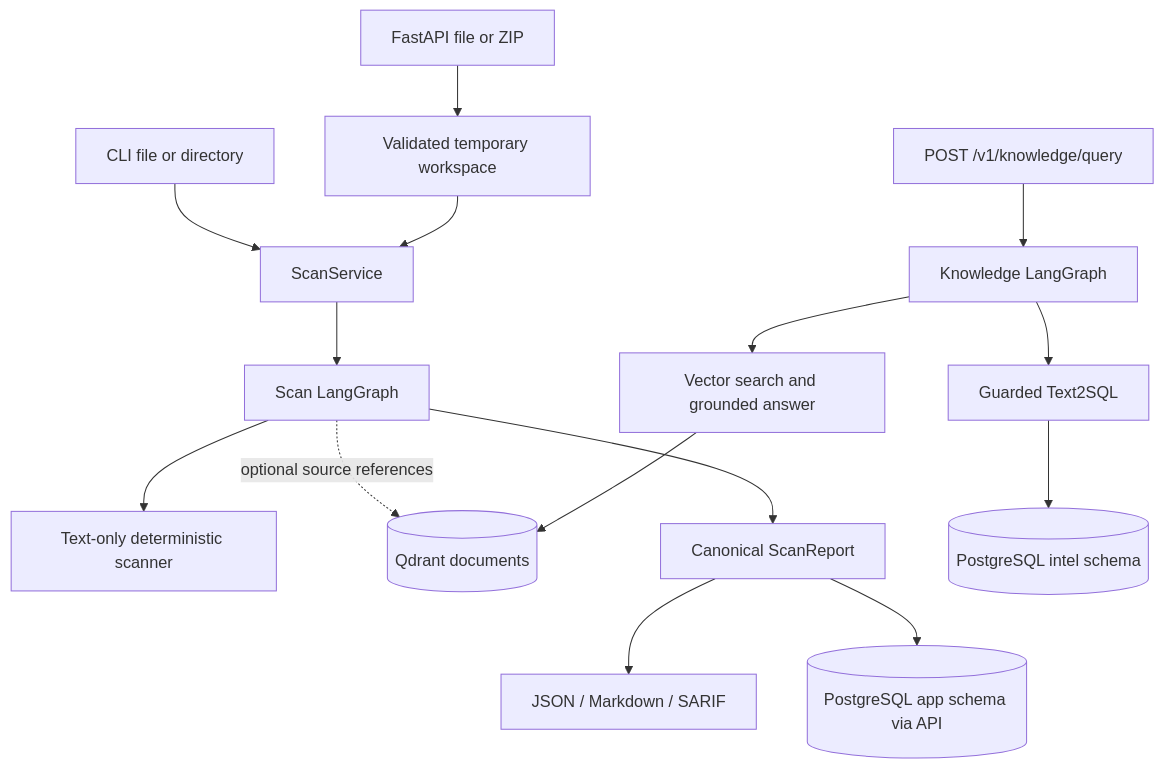
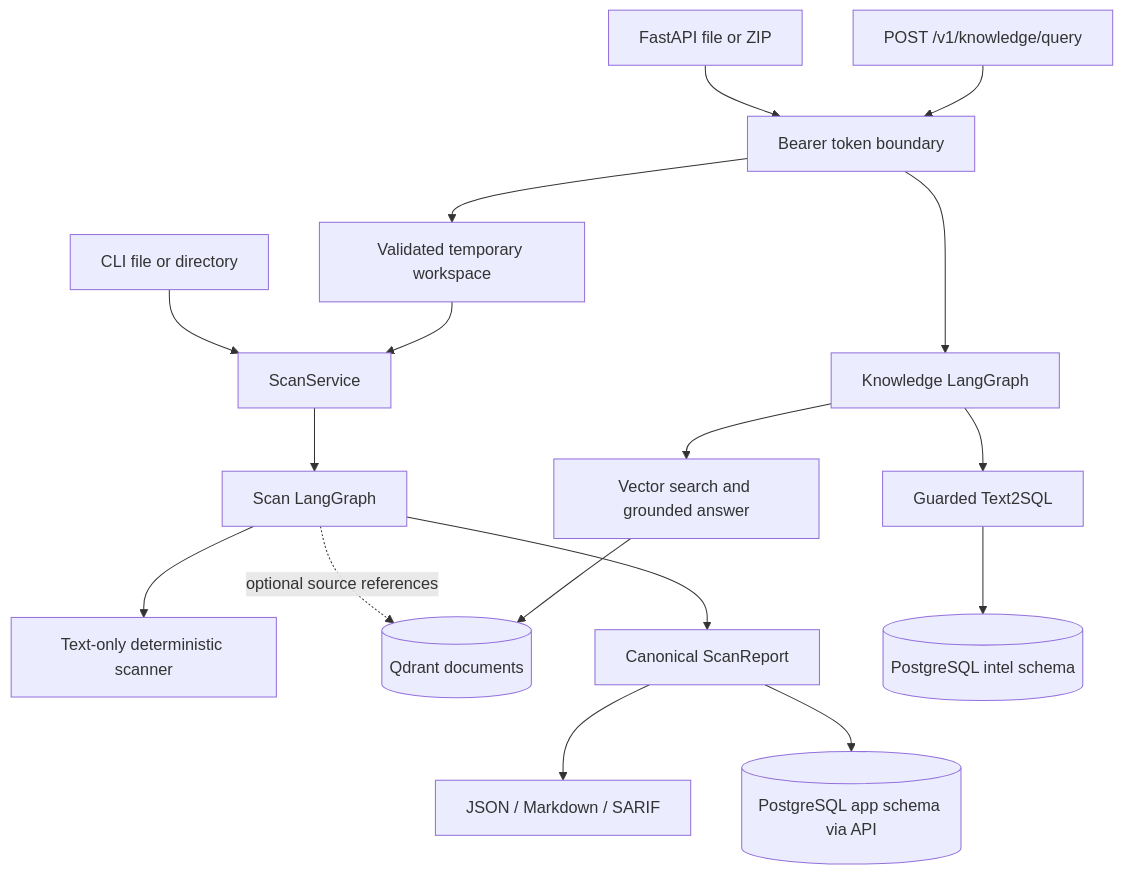
Before and after one commit to taehyeon-git/SecRAGraph: the diagram in docs/architecture.md, drawn with Mermaid. The commit also changed other lines of this file and 53 other files, not shown here.

````diff
--- a/docs/architecture.md
+++ b/docs/architecture.md
@@ -7,17 +7,19 @@
 ```mermaid
 flowchart TB
   FILE[CLI file or directory] --> SCAN[ScanService]
-  UPLOAD[FastAPI file or ZIP] --> TEMP[Validated temporary workspace]
+  UPLOAD[FastAPI file or ZIP] --> AUTH[Bearer token boundary]
+  AUTH --> TEMP[Validated temporary workspace]
   TEMP --> SCAN
   SCAN --> SGRAPH[Scan LangGraph]
   SGRAPH --> DET[Text-only deterministic scanner]
   SGRAPH -. optional source references .-> QDRANT[(Qdrant documents)]
   SGRAPH --> CANON[Canonical ScanReport]
   CANON --> FORMATS[JSON / Markdown / SARIF]
   CANON --> APPDB[(PostgreSQL app schema via API)]
-  QUESTION[POST /v1/knowledge/query] --> KGRAPH[Knowledge LangGraph]
+  QUESTION[POST /v1/knowledge/query] --> AUTH
+  AUTH --> KGRAPH[Knowledge LangGraph]
   KGRAPH --> SQL[Guarded Text2SQL]
   SQL --> INTEL[(PostgreSQL intel schema)]
   KGRAPH --> VEC[Vector search and grounded answer]
   VEC --> QDRANT
 ```
````
